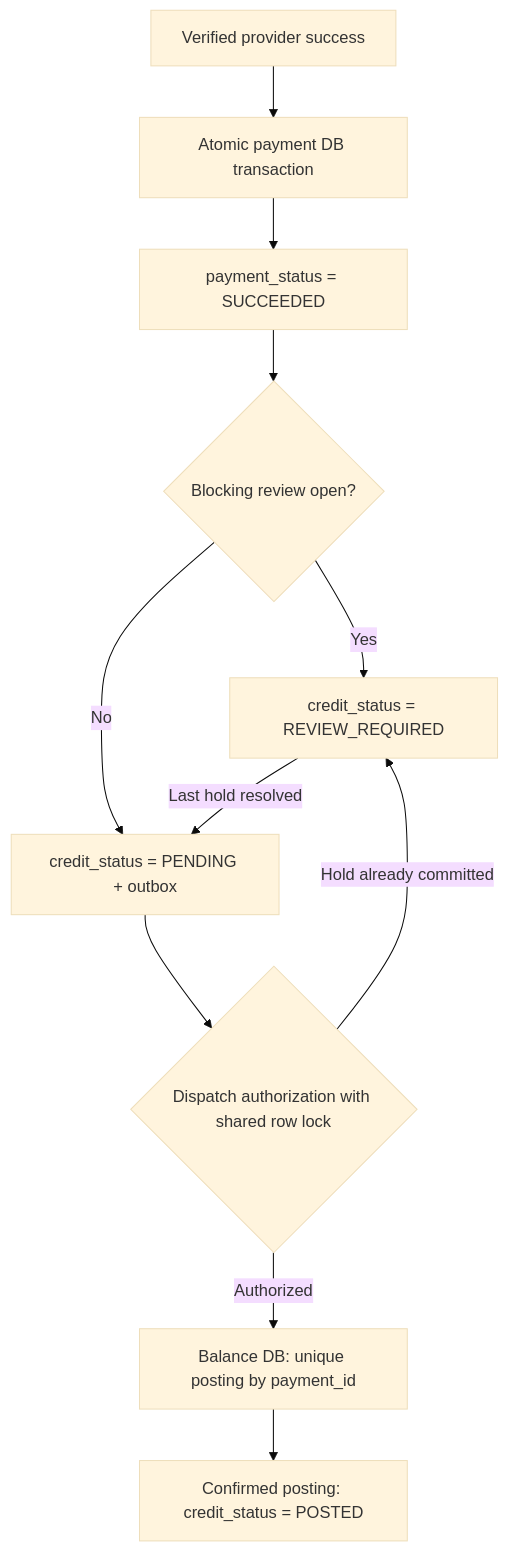
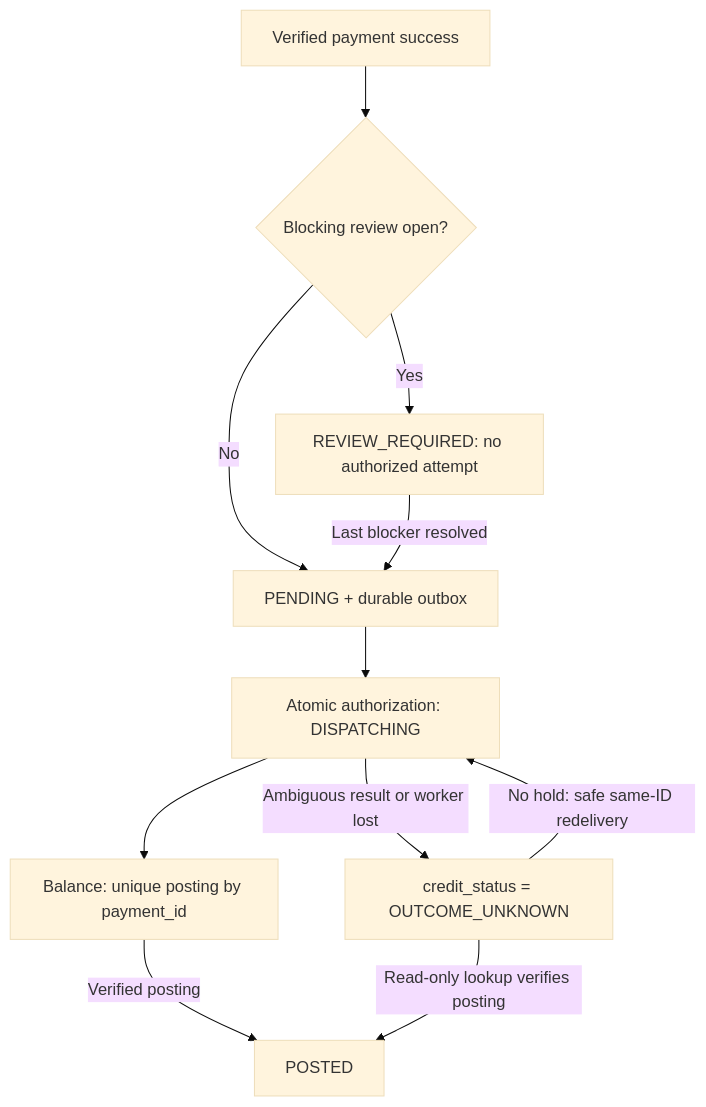
The diagram in episodes/01-payment-timeout/artifacts/payment-review-credit.ru.mmd (YuliaMelekhova/inside-the-spec), drawn with Mermaid (base theme) before and after one commit. The commit also changed 35 other files, not shown here.

Commit message:
Clarify credit uncertainty and recovery in Case 01 v0.4

```diff
--- a/episodes/01-payment-timeout/artifacts/payment-review-credit.ru.mmd
+++ b/episodes/01-payment-timeout/artifacts/payment-review-credit.ru.mmd
@@ -1,13 +1,13 @@
-%% Inside the Spec – Real Scenarios. Working Artifacts. Decisions That Matter.
-%% Case: 01; Author: Yulia Melekhova; Version: 0.3; Language: ru; Status: Draft
+%% Inside the Spec – Realistic Scenarios. Working Artifacts. Decisions That Matter.
+%% Case: 01; Author: Yulia Melekhova; Version: 0.4; Language: ru; Status: Draft
 flowchart TD
-    P["Verified provider success"] --> T["Atomic payment DB transaction"]
-    T --> S["payment_status = SUCCEEDED"]
-    S --> G{"Blocking review open?"}
-    G -->|Yes| H["credit_status = REVIEW_REQUIRED"]
-    G -->|No| O["credit_status = PENDING + outbox"]
-    H -->|Last hold resolved| O
-    O --> A{"Dispatch authorization with shared row lock"}
-    A -->|Hold already committed| H
-    A -->|Authorized| B["Balance DB: unique posting by payment_id"]
-    B --> C["Confirmed posting: credit_status = POSTED"]
+    S["Verified payment success"] --> G{"Blocking review open?"}
+    G -->|Yes| H["REVIEW_REQUIRED: no authorized attempt"]
+    G -->|No| Q["PENDING + durable outbox"]
+    H -->|Last blocker resolved| Q
+    Q --> A["Atomic authorization: DISPATCHING"]
+    A --> B["Balance: unique posting by payment_id"]
+    B -->|Verified posting| P["POSTED"]
+    A -->|Ambiguous result or worker lost| U["credit_status = OUTCOME_UNKNOWN"]
+    U -->|Read-only lookup verifies posting| P
+    U -->|No hold: safe same-ID redelivery| A
```
